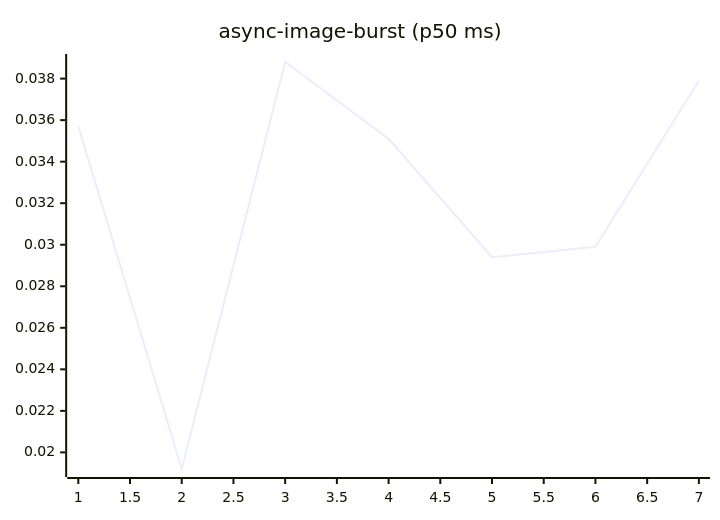
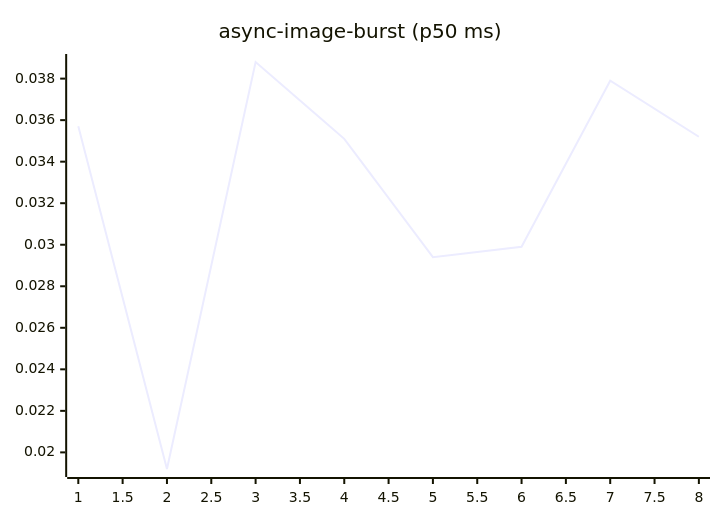
Before and after one commit to josha/Facet: the fourth of 27 diagrams in README.md, drawn with Mermaid. The commit also changed other lines of this file and 2 other files, not shown here.

````diff
--- a/README.md
+++ b/README.md
@@ -84,6 +84,6 @@
 ```mermaid
 xychart-beta
     title "async-image-burst (p50 ms)"
-    x-axis 1 --> 7
-    line [0.0357, 0.0192, 0.0388, 0.0351, 0.0294, 0.0299, 0.0379]
+    x-axis 1 --> 8
+    line [0.0357, 0.0192, 0.0388, 0.0351, 0.0294, 0.0299, 0.0379, 0.0352]
 ```
````
